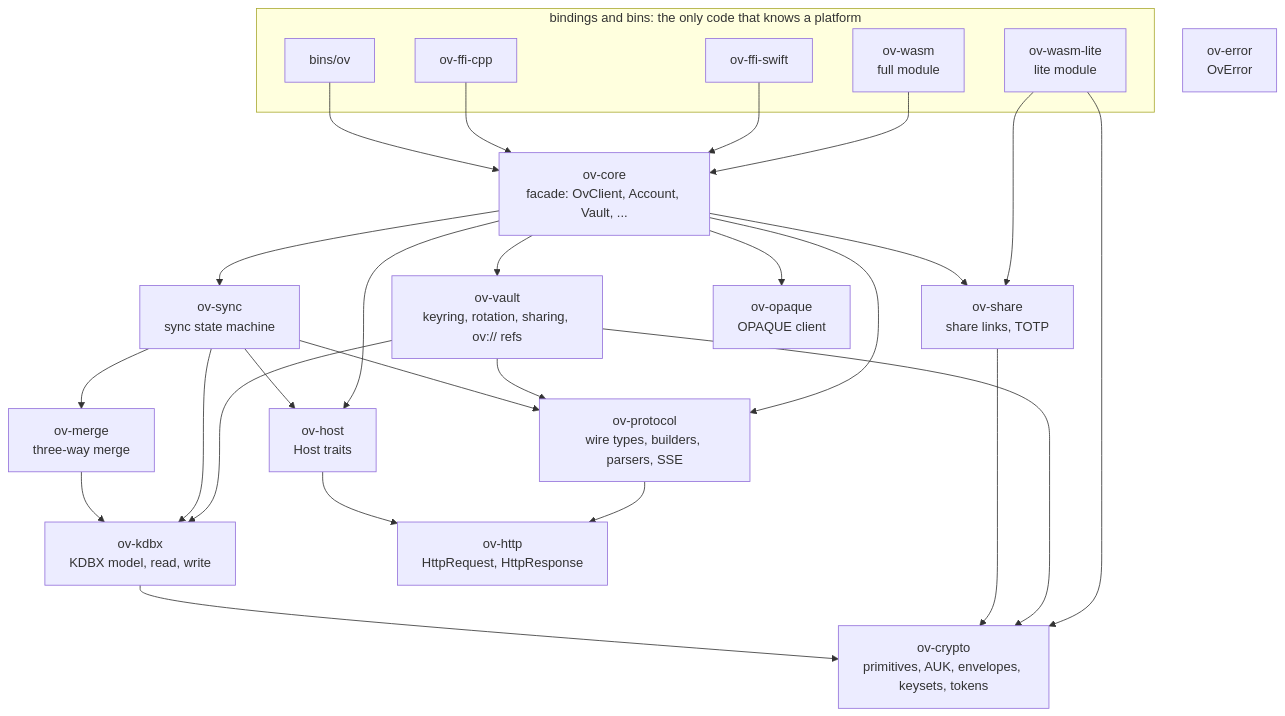
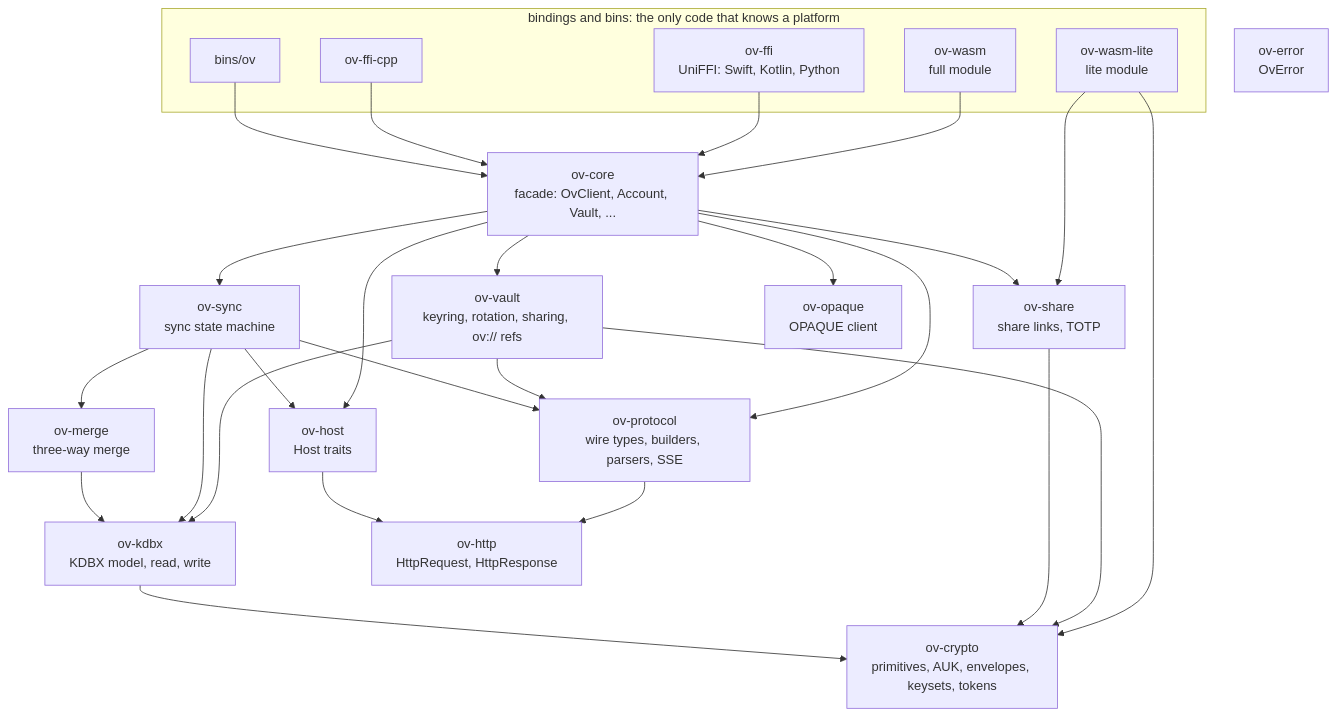
One commit to OpenVireo/openvireo-core changed the diagram in docs/architecture.md. Above: the diagram before and after it, drawn with Mermaid. The commit also changed other lines of this file and 43 other files, not shown here.

First line of the commit message:
Rename bindings/ov-ffi-swift to bindings/ov-ffi for Kotlin and Python

````diff
--- a/docs/architecture.md
+++ b/docs/architecture.md
@@ -29,34 +29,34 @@
 ```mermaid
 flowchart TD
   subgraph bindings[bindings and bins: the only code that knows a platform]
     wasm[ov-wasm<br/>full module]
     lite[ov-wasm-lite<br/>lite module]
-    swift[ov-ffi-swift]
+    ffi[ov-ffi<br/>UniFFI: Swift, Kotlin, Python]
     cpp[ov-ffi-cpp]
     ov[bins/ov]
   end
   core[ov-core<br/>facade: OvClient, Account, Vault, ...]
   vault[ov-vault<br/>keyring, rotation, sharing, ov:// refs]
   sync[ov-sync<br/>sync state machine]
   share[ov-share<br/>share links, TOTP]
   merge[ov-merge<br/>three-way merge]
   kdbx[ov-kdbx<br/>KDBX model, read, write]
   proto[ov-protocol<br/>wire types, builders, parsers, SSE]
   opaque[ov-opaque<br/>OPAQUE client]
   crypto[ov-crypto<br/>primitives, AUK, envelopes, keysets, tokens]
   host[ov-host<br/>Host traits]
   http[ov-http<br/>HttpRequest, HttpResponse]
   err[ov-error<br/>OvError]
 
-  wasm & swift & cpp & ov --> core
+  wasm & ffi & cpp & ov --> core
   lite --> share & crypto
   core --> vault & sync & share & opaque & proto & host
   vault --> crypto & kdbx & proto
   sync --> merge & kdbx & proto & host
   merge --> kdbx
   share --> crypto
   kdbx --> crypto
   proto --> http
   host --> http
   crypto & opaque & err
 ```
````
